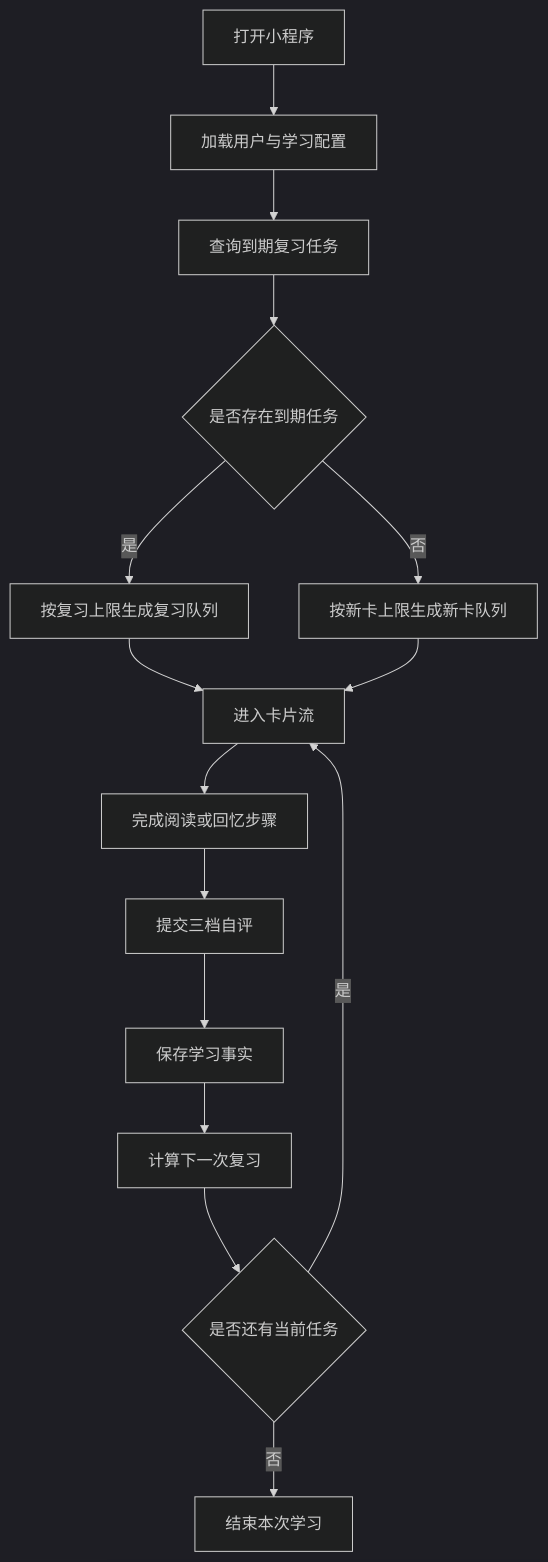
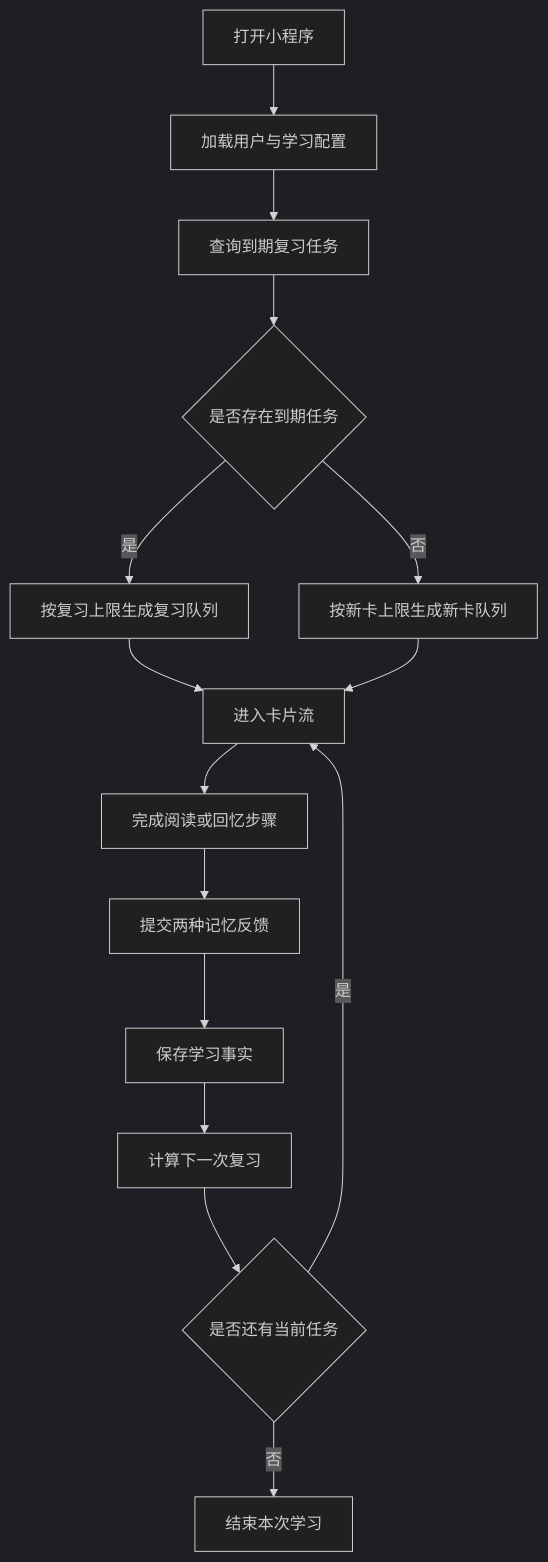
The third of 6 diagrams in docs/module-design.md (Anchor-anke/KnowledgeCard), drawn with Mermaid (dark theme) before and after one commit. The commit also changed other lines of this file and 34 other files, not shown here.

````diff
--- a/docs/module-design.md
+++ b/docs/module-design.md
@@ -601,17 +696,17 @@
 ```mermaid
 flowchart TD
   openApp["打开小程序"] --> loadContext["加载用户与学习配置"]
   loadContext --> queryDue["查询到期复习任务"]
   queryDue --> hasDue{"是否存在到期任务"}
   hasDue -->|"是"| reviewQueue["按复习上限生成复习队列"]
   hasDue -->|"否"| newQueue["按新卡上限生成新卡队列"]
   reviewQueue --> cardFlow["进入卡片流"]
   newQueue --> cardFlow
   cardFlow --> completeCard["完成阅读或回忆步骤"]
-  completeCard --> rating["提交三档自评"]
+  completeCard --> rating["提交两种记忆反馈"]
   rating --> saveFact["保存学习事实"]
   saveFact --> scheduleNext["计算下一次复习"]
   scheduleNext --> moreTask{"是否还有当前任务"}
   moreTask -->|"是"| cardFlow
   moreTask -->|"否"| finishSession["结束本次学习"]
 ```
````
